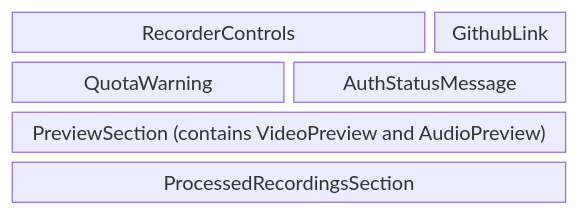
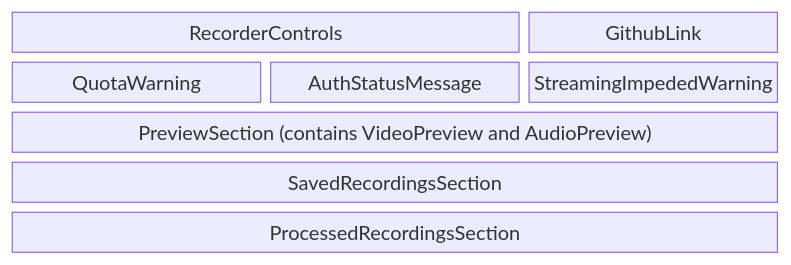
Before and after one commit to fknauf/ise-recorder: the third of 4 diagrams in frontend/doc/README.md, drawn with Mermaid. The commit also changed other lines of this file and 7 other files, not shown here.

````diff
--- a/frontend/doc/README.md
+++ b/frontend/doc/README.md
@@ -237,9 +282,9 @@
 ```mermaid
 block
-columns 4
-controls["RecorderControls"]:3 ghlink["GithubLink"]
-quota["QuotaWarning"]:2 auth_status["AuthStatusMessage"]:2
-previews["PreviewSection (contains VideoPreview and AudioPreview)"]:4
-recordings["SavedRecordingsSection"]:4
-recordings["ProcessedRecordingsSection"]:4
+columns 3
+controls["RecorderControls"]:2 ghlink["GithubLink"]
+quota["QuotaWarning"]:1 auth_status["AuthStatusMessage"]:1 stream_imp["StreamingImpededWarning"]:1
+previews["PreviewSection (contains VideoPreview and AudioPreview)"]:3
+savedrecordings["SavedRecordingsSection"]:3
+processedrecordings["ProcessedRecordingsSection"]:3
 ```
````
